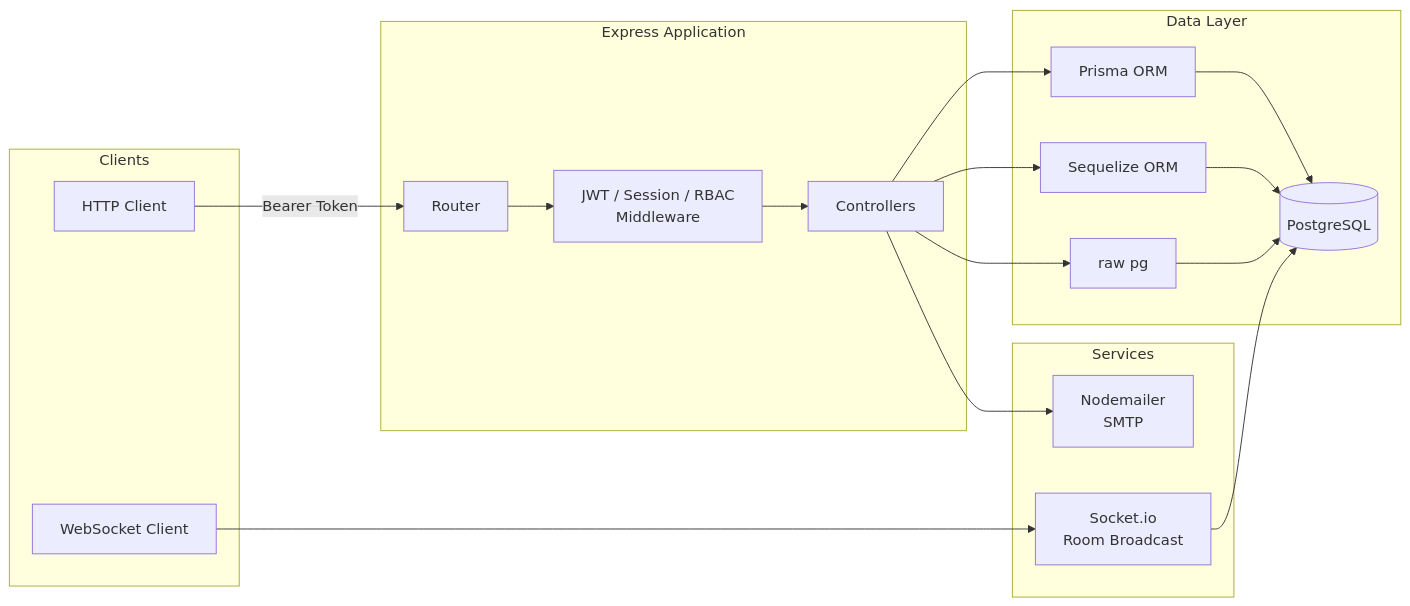
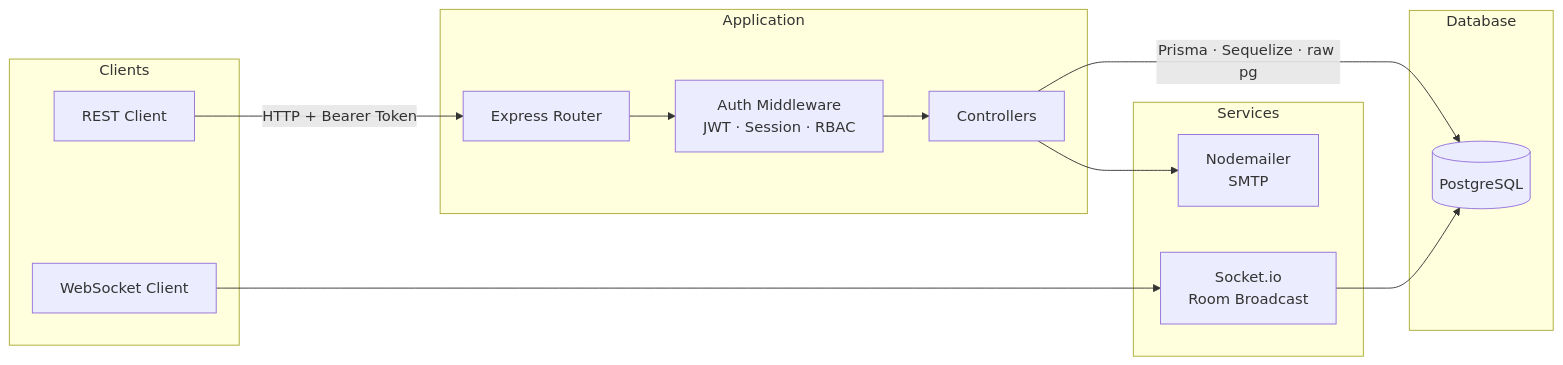
The diagram in README.md (sadykovIsmail/node.js), drawn with Mermaid before and after one commit. The commit also changed other lines of this file, not shown here.

````diff
--- a/README.md
+++ b/README.md
@@ -35,33 +44,29 @@
 ```mermaid
 graph LR
     subgraph Clients
-        A[HTTP Client]
+        A[REST Client]
         B[WebSocket Client]
     end
 
-    subgraph Express Application
-        C[Router]
-        D["JWT / Session / RBAC<br/>Middleware"]
+    subgraph Application
+        C[Express Router]
+        D["Auth Middleware<br/>JWT · Session · RBAC"]
         E[Controllers]
     end
 
-    subgraph Data Layer
+    subgraph Database
         F[(PostgreSQL)]
-        G[Prisma ORM]
-        H[Sequelize ORM]
-        I[raw pg]
     end
 
     subgraph Services
-        J["Socket.io<br/>Room Broadcast"]
-        K["Nodemailer<br/>SMTP"]
+        G["Socket.io<br/>Room Broadcast"]
+        H["Nodemailer<br/>SMTP"]
     end
 
-    A -->|Bearer Token| C
-    B --> J
+    A -->|HTTP + Bearer Token| C
     C --> D --> E
-    E --> G & H & I
-    G & H & I --> F
-    E --> K
-    J --> F
+    E -->|Prisma · Sequelize · raw pg| F
+    B --> G
+    G --> F
+    E --> H
 ```
````
